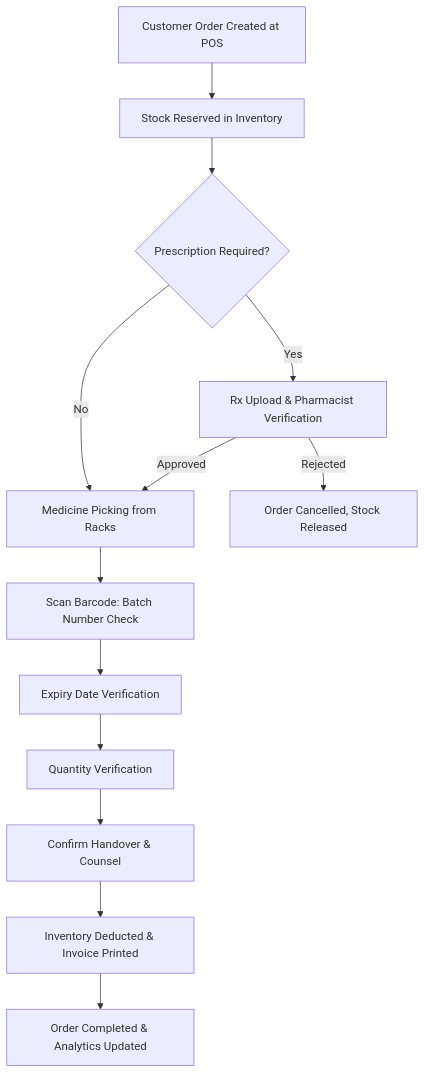
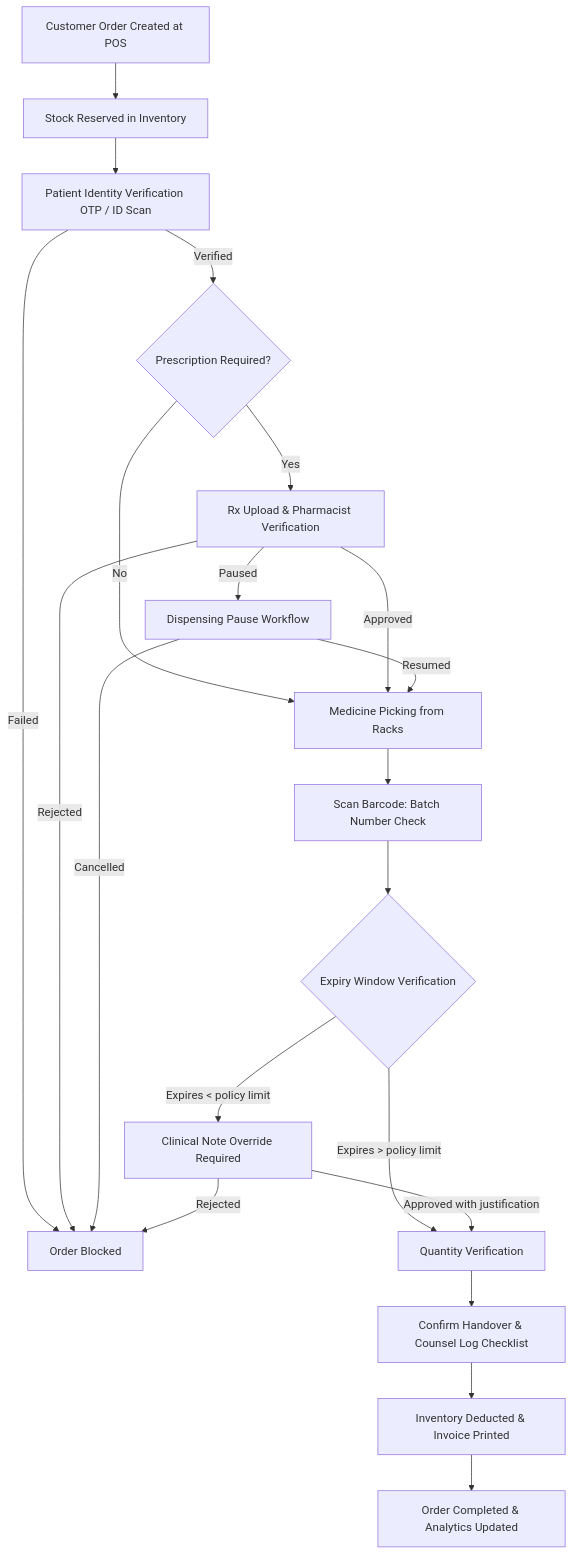
Before and after one commit to garlapati3105-cmd/nexus_ai: the first of 2 diagrams in docs/05_Pharmacist_Specification/pharmacist_spec.md, drawn with Mermaid. The commit also changed other lines of this file, not shown here.

````diff
--- a/docs/05_Pharmacist_Specification/pharmacist_spec.md
+++ b/docs/05_Pharmacist_Specification/pharmacist_spec.md
@@ -54,15 +57,23 @@
 ```mermaid
 flowchart TD
     OrderCreated[Customer Order Created at POS] --> Reserve[Stock Reserved in Inventory]
-    Reserve --> VerifyPrescription{Prescription Required?}
+    Reserve --> VerifyPatient[Patient Identity Verification OTP / ID Scan]
+    VerifyPatient -->|Failed| Terminate[Order Blocked]
+    VerifyPatient -->|Verified| VerifyPrescription{Prescription Required?}
     VerifyPrescription -->|Yes| RxCheck[Rx Upload & Pharmacist Verification]
     VerifyPrescription -->|No| Pick[Medicine Picking from Racks]
     RxCheck -->|Approved| Pick
-    RxCheck -->|Rejected| Terminate[Order Cancelled, Stock Released]
+    RxCheck -->|Paused| PauseState[Dispensing Pause Workflow]
+    RxCheck -->|Rejected| Terminate
+    PauseState -->|Resumed| Pick
+    PauseState -->|Cancelled| Terminate
     Pick --> BatchVerify[Scan Barcode: Batch Number Check]
-    BatchVerify --> ExpiryVerify[Expiry Date Verification]
-    ExpiryVerify --> QtyVerify[Quantity Verification]
-    QtyVerify --> Handover[Confirm Handover & Counsel]
+    BatchVerify --> ExpiryCheck{Expiry Window Verification}
+    ExpiryCheck -->|Expires < policy limit| ExpiryOverride[Clinical Note Override Required]
+    ExpiryCheck -->|Expires > policy limit| QtyVerify[Quantity Verification]
+    ExpiryOverride -->|Approved with justification| QtyVerify
+    ExpiryOverride -->|Rejected| Terminate
+    QtyVerify --> Handover[Confirm Handover & Counsel Log Checklist]
     Handover --> Deduct[Inventory Deducted & Invoice Printed]
     Deduct --> Complete[Order Completed & Analytics Updated]
 ```
````
